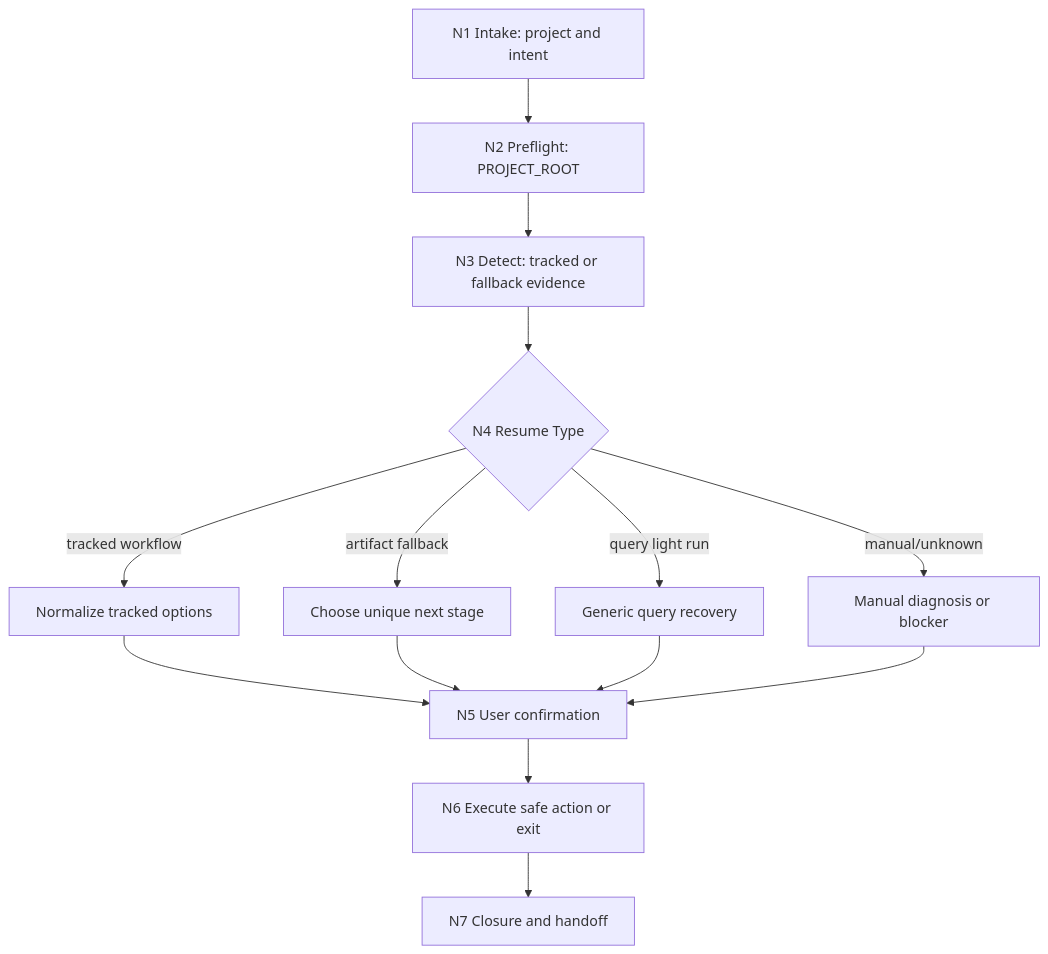
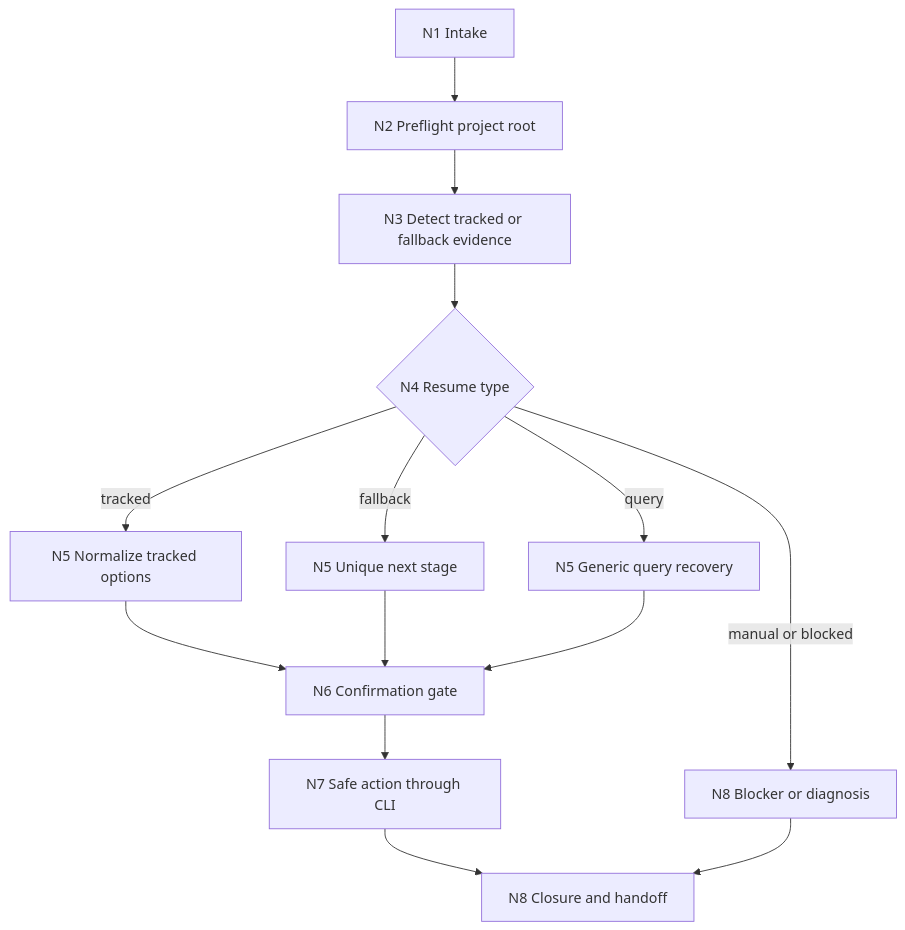
Before and after one commit to ZEN-VOID/AI-CUT: the first of 2 diagrams in .agents/skills/story/resume/SKILL.md, drawn with Mermaid. The commit also changed other lines of this file and 439 other files, not shown here.

````diff
--- a/.agents/skills/story/resume/SKILL.md
+++ b/.agents/skills/story/resume/SKILL.md
@@ -97,16 +211,16 @@
 ```mermaid
 flowchart TD
-    A["N1 Intake: project and intent"] --> B["N2 Preflight: PROJECT_ROOT"]
-    B --> C["N3 Detect: tracked or fallback evidence"]
-    C --> D{"N4 Resume Type"}
-    D -->|"tracked workflow"| E["Normalize tracked options"]
-    D -->|"artifact fallback"| F["Choose unique next stage"]
-    D -->|"query light run"| G["Generic query recovery"]
-    D -->|"manual/unknown"| H["Manual diagnosis or blocker"]
-    E --> I["N5 User confirmation"]
+    A["N1 Intake"] --> B["N2 Preflight project root"]
+    B --> C["N3 Detect tracked or fallback evidence"]
+    C --> D{"N4 Resume type"}
+    D -->|"tracked"| E["N5 Normalize tracked options"]
+    D -->|"fallback"| F["N5 Unique next stage"]
+    D -->|"query"| G["N5 Generic query recovery"]
+    D -->|"manual or blocked"| H["N8 Blocker or diagnosis"]
+    E --> I["N6 Confirmation gate"]
     F --> I
     G --> I
-    H --> I
-    I --> J["N6 Execute safe action or exit"]
-    J --> K["N7 Closure and handoff"]
+    I --> J["N7 Safe action through CLI"]
+    J --> K["N8 Closure and handoff"]
+    H --> K
 ```
````
